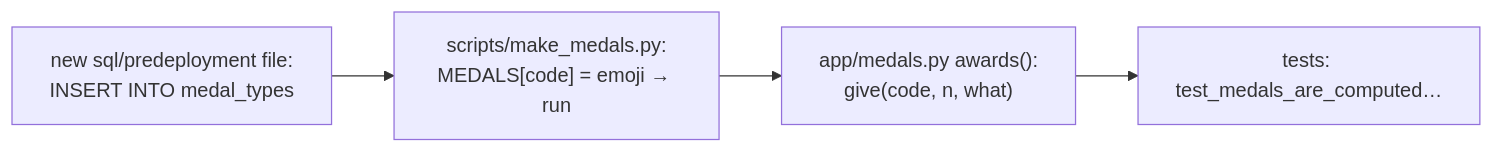
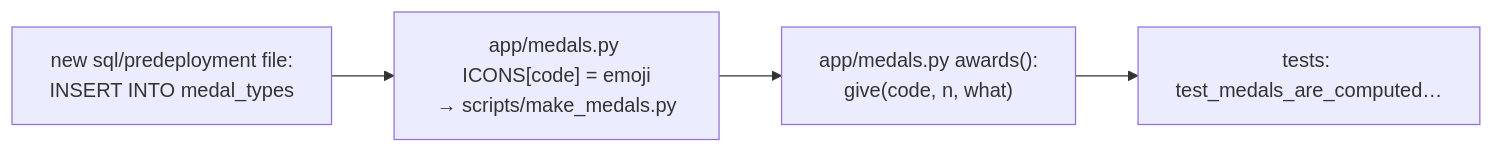
One commit to Sorrycion/PadelScore changed the diagram in .claude/skills/padelscore-medal/SKILL.md. Above: the diagram before and after it, drawn with Mermaid. The commit also changed other lines of this file and 19 other files, not shown here.

````diff
--- a/.claude/skills/padelscore-medal/SKILL.md
+++ b/.claude/skills/padelscore-medal/SKILL.md
@@ -10,6 +10,6 @@
 ```mermaid
 flowchart LR
-    SQL["new sql/predeployment file:<br/>INSERT INTO medal_types"] --> IMG["scripts/make_medals.py:<br/>MEDALS[code] = emoji → run"]
+    SQL["new sql/predeployment file:<br/>INSERT INTO medal_types"] --> IMG["app/medals.py ICONS[code] = emoji<br/>→ scripts/make_medals.py"]
     IMG --> RULE["app/medals.py awards():<br/>give(code, n, what)"]
     RULE --> TEST["tests: test_medals_are_computed…"]
 ```
````
